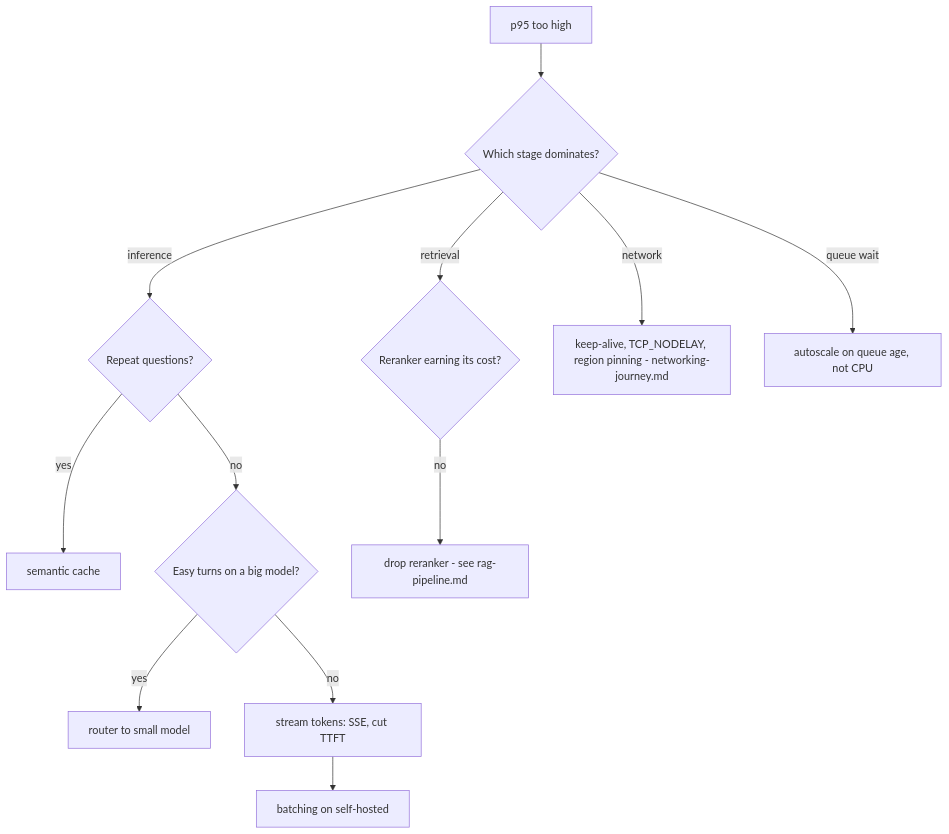
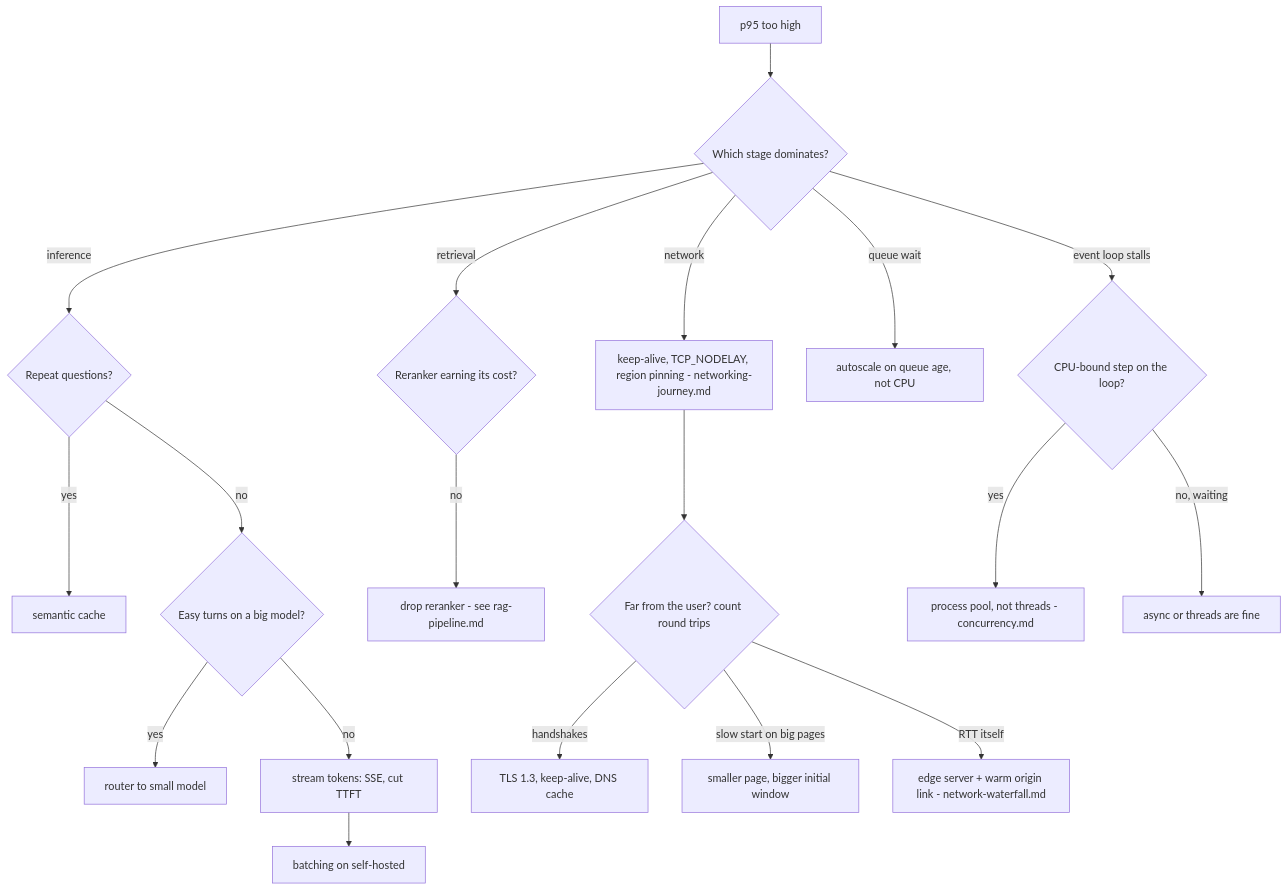
Before and after one commit to jagadishmazure-jpg/Jagadish-ai-system-design-at-scale: the diagram in docs/latency.md, drawn with Mermaid. The commit also changed 20 other files, not shown here.

Commit message:
Talk 18: dated policy retrieval, freshness check, answer verifier + review queue, ops vs quality dashboards; network waterfall model + delay proxy; event-loop stall replay, process-pool fix, thread/async/process experiments, evidence board

````diff
--- a/docs/latency.md
+++ b/docs/latency.md
@@ -14,13 +14,20 @@
 ```mermaid
 flowchart TD
   S[p95 too high] --> Q1{Which stage dominates?}
   Q1 -->|inference| Q2{Repeat questions?}
   Q2 -->|yes| C[semantic cache]
   Q2 -->|no| Q3{Easy turns on a big model?}
   Q3 -->|yes| R[router to small model]
   Q3 -->|no| ST[stream tokens: SSE, cut TTFT] --> BT[batching on self-hosted]
   Q1 -->|retrieval| RR{Reranker earning its cost?}
   RR -->|no| DROP[drop reranker - see rag-pipeline.md]
   Q1 -->|network| NC[keep-alive, TCP_NODELAY, region pinning - networking-journey.md]
   Q1 -->|queue wait| AS[autoscale on queue age, not CPU]
+  NC --> N2{Far from the user? count round trips}
+  N2 -->|handshakes| T13[TLS 1.3, keep-alive, DNS cache]
+  N2 -->|slow start on big pages| IW[smaller page, bigger initial window]
+  N2 -->|RTT itself| EDGE[edge server + warm origin link - network-waterfall.md]
+  Q1 -->|event loop stalls| CB{CPU-bound step on the loop?}
+  CB -->|yes| PP[process pool, not threads - concurrency.md]
+  CB -->|no, waiting| AW[async or threads are fine]
 ```
````
